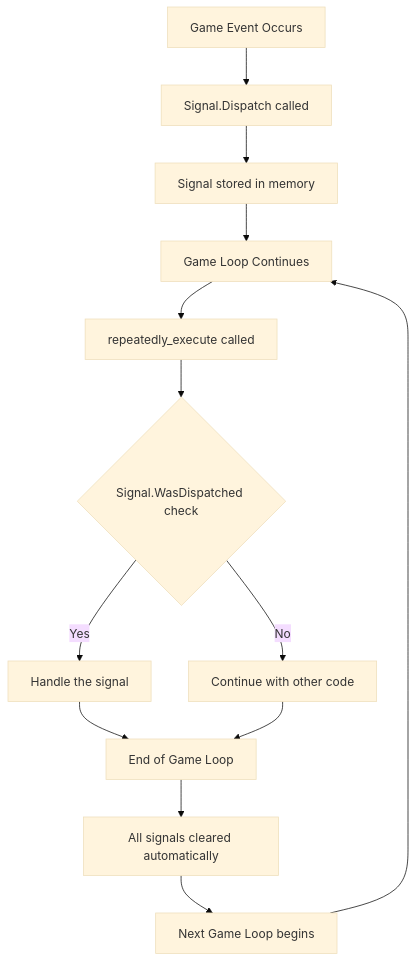
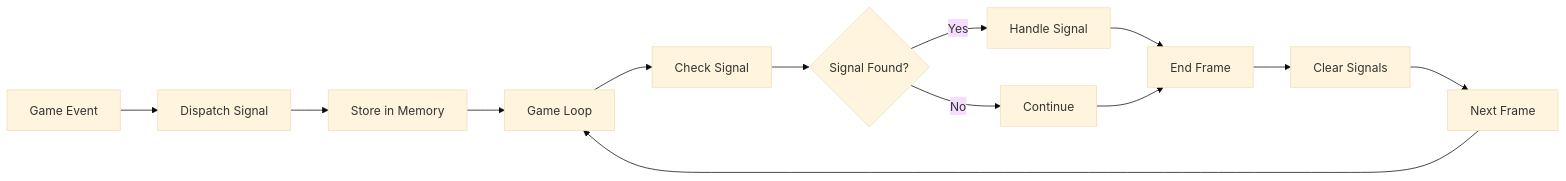
One commit to clickpulp/ags-modules changed the diagram in docs/signal.md. Above: the diagram before and after it, drawn with Mermaid (base theme).

Commit message:
Fix mermaid diagram for github, deux

````diff
--- a/docs/signal.md
+++ b/docs/signal.md
@@ -13,15 +13,15 @@
 ```mermaid
-graph TD
-    A[Game Event Occurs] --> B[Signal.Dispatch called]
-    B --> C[Signal stored in memory]
-    C --> D[Game Loop Continues]
-    D --> E[repeatedly_execute called]
-    E --> F{Signal.WasDispatched check}
-    F -->|Yes| G[Handle the signal]
-    F -->|No| H[Continue with other code]
-    G --> I[End of Game Loop]
+graph LR
+    A[Game Event] --> B[Dispatch Signal]
+    B --> C[Store in Memory]
+    C --> D[Game Loop]
+    D --> E[Check Signal]
+    E --> F{Signal Found?}
+    F -->|Yes| G[Handle Signal]
+    F -->|No| H[Continue]
+    G --> I[End Frame]
     H --> I
-    I --> J[All signals cleared automatically]
-    J --> K[Next Game Loop begins]
+    I --> J[Clear Signals]
+    J --> K[Next Frame]
     K --> D
 ```
````
